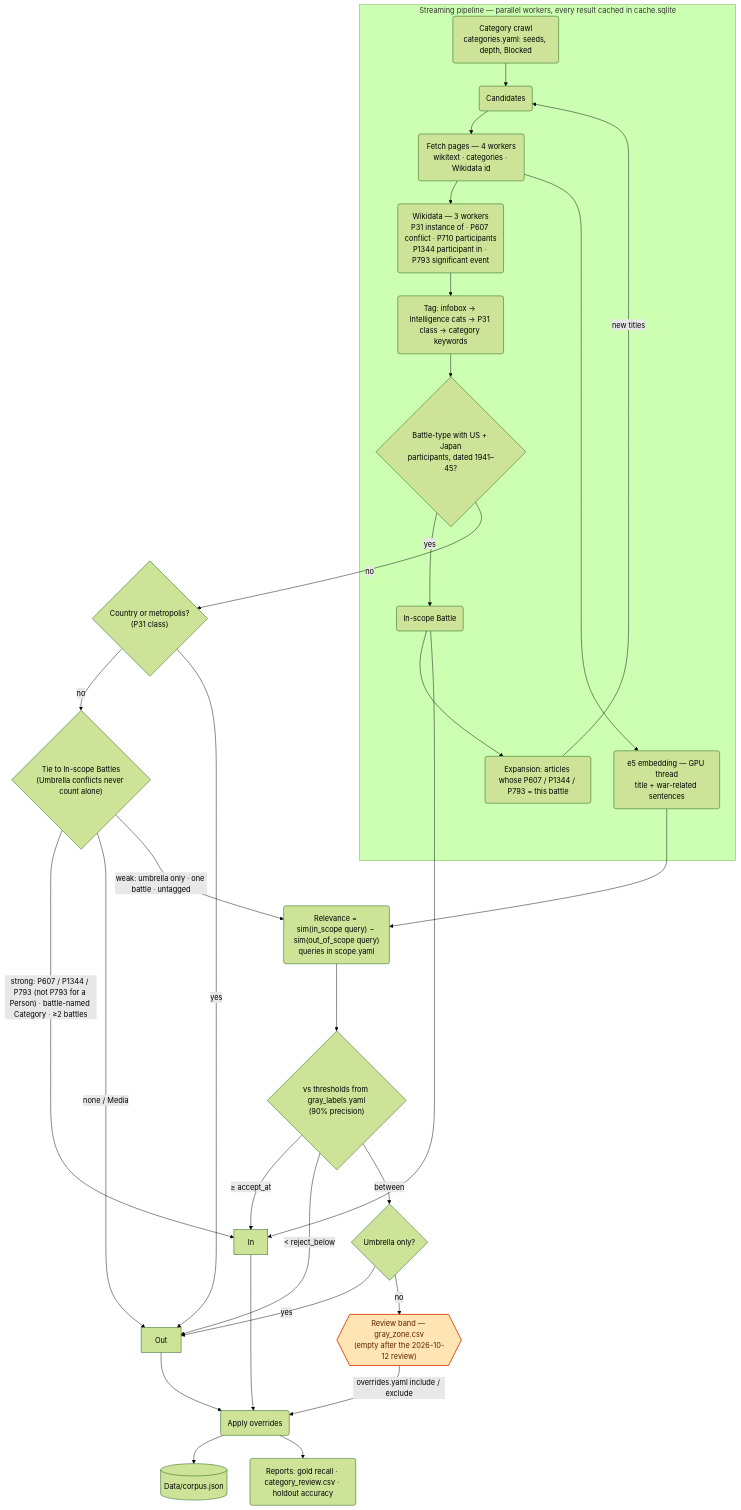
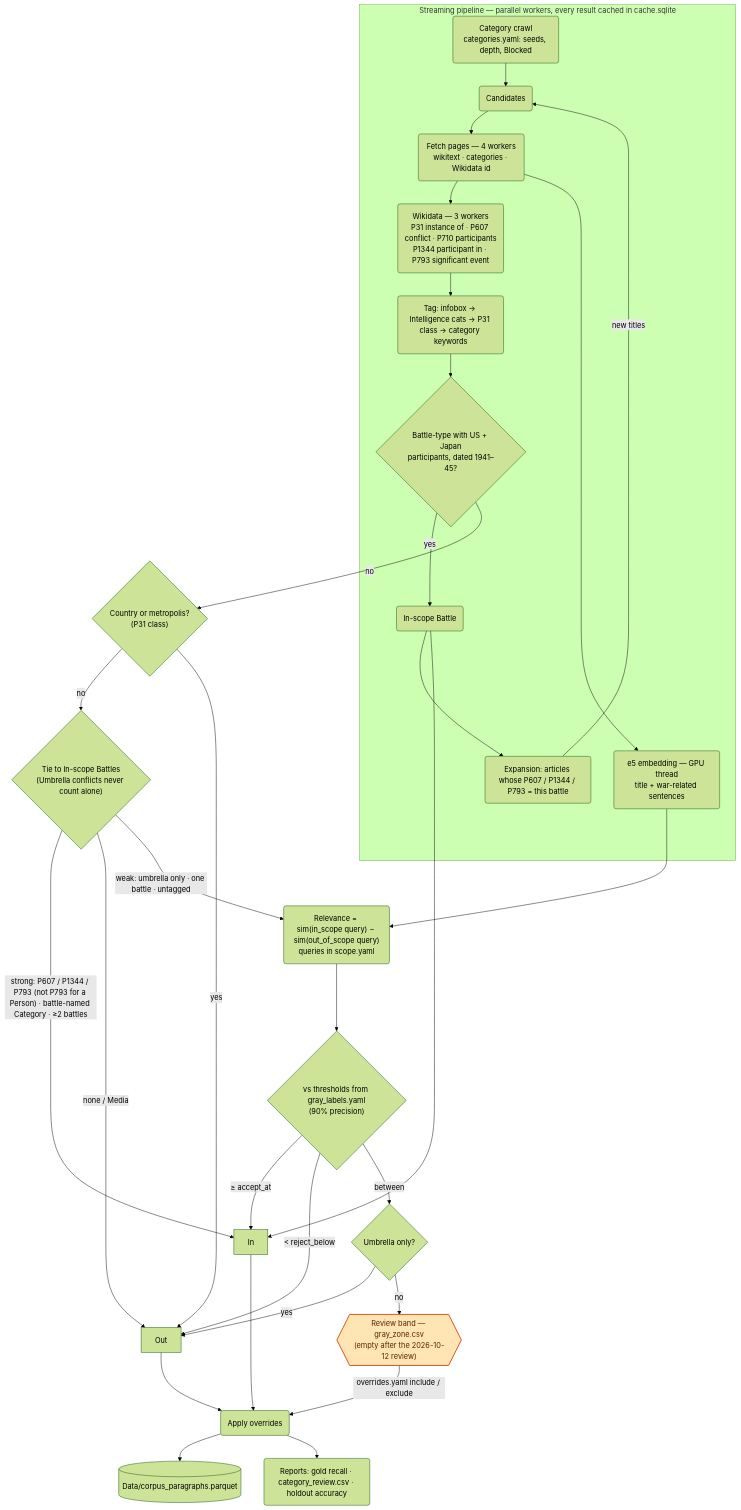
The second of 2 diagrams in Processing/PIPELINE.md (EtzionR/Corpus2GeoRAG_Pacific), drawn with Mermaid (forest theme) before and after one commit. The commit also changed other lines of this file and 4 other files, not shown here.

First line of the commit message:
Export the Corpus as corpus_paragraphs.parquet keyed by Wikidata id

````diff
--- a/Processing/PIPELINE.md
+++ b/Processing/PIPELINE.md
@@ -230,41 +230,41 @@
 ```mermaid
 flowchart TD
     subgraph STREAM["Streaming pipeline — parallel workers, every result cached in cache.sqlite"]
         CRAWL("Category crawl<br/>categories.yaml: seeds, depth, Blocked")
         CAND("Candidates")
         FETCH("Fetch pages — 4 workers<br/>wikitext · categories · Wikidata id")
         CLAIMS("Wikidata — 3 workers<br/>P31 instance of · P607 conflict · P710 participants<br/>P1344 participant in · P793 significant event")
         TAG("Tag: infobox → Intelligence cats → P31 class → category keywords")
         PARTIC{"Battle-type with US + Japan<br/>participants, dated 1941–45?"}
         BATTLE("In-scope Battle")
         EXPAND("Expansion: articles whose P607 / P1344 / P793 = this battle")
         EMBED("e5 embedding — GPU thread<br/>title + war-related sentences")
         CRAWL --> CAND --> FETCH --> CLAIMS --> TAG --> PARTIC
         PARTIC -- yes --> BATTLE --> EXPAND -- new titles --> CAND
         FETCH --> EMBED
     end
 
     PARTIC -- no --> BROAD{"Country or metropolis?<br/>(P31 class)"}
     BROAD -- no --> ANCHOR{"Tie to In-scope Battles<br/>(Umbrella conflicts never count alone)"}
     BATTLE --> IN["In"]
     ANCHOR -- "strong: P607 / P1344 / P793 (not P793 for a Person) · battle-named Category · ≥2 battles" --> IN
     ANCHOR -- "none / Media" --> OUT["Out"]
     BROAD -- yes --> OUT
     ANCHOR -- "weak: umbrella only · one battle · untagged" --> REL
 
     EMBED --> REL("Relevance = sim(in_scope query) − sim(out_of_scope query)<br/>queries in scope.yaml")
     REL --> ZONE{"vs thresholds from gray_labels.yaml<br/>(90% precision)"}
     ZONE -- "≥ accept_at" --> IN
     ZONE -- "< reject_below" --> OUT
     ZONE -- between --> UMB{"Umbrella only?"}
     UMB -- yes --> OUT
     UMB -- no --> WAIT{{"Review band — gray_zone.csv<br/>(empty after the 2026-10-12 review)"}}
     WAIT -- "overrides.yaml include / exclude" --> FINAL
     IN --> FINAL("Apply overrides")
     OUT --> FINAL
-    FINAL --> CORPUS[("Data/corpus.json")]
+    FINAL --> CORPUS[("Data/corpus_paragraphs.parquet")]
     FINAL --> REPORTS("Reports: gold recall · category_review.csv · holdout accuracy")
 
     classDef wait fill:#ffe5b4,stroke:#d9480f,color:#5c2200,stroke-width:2px
     class WAIT wait
 ```
````
